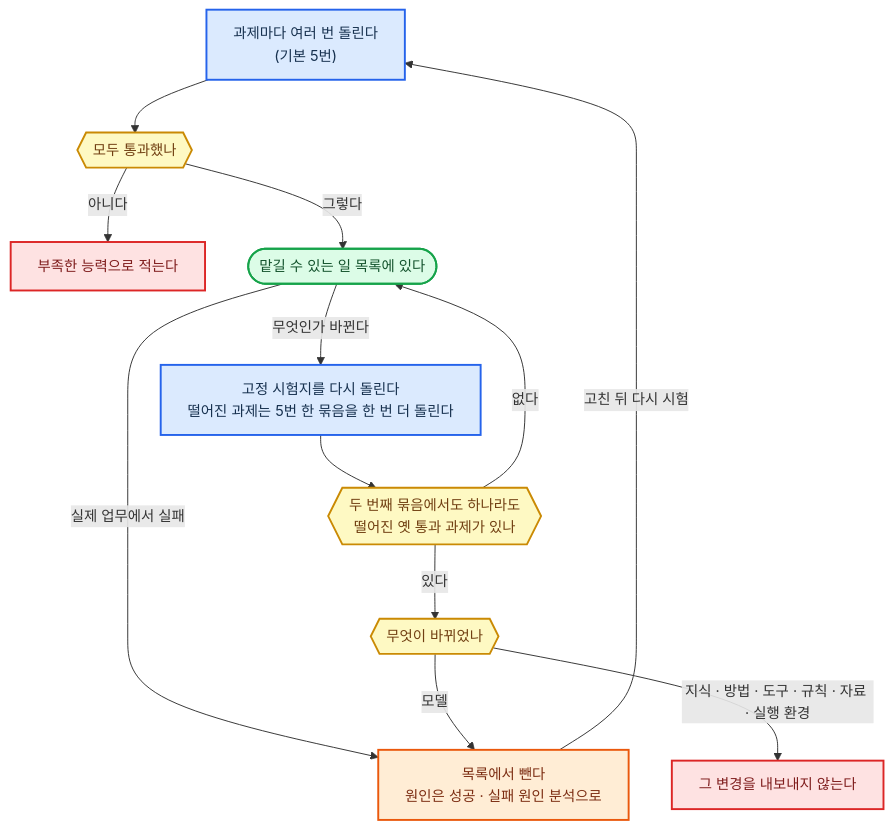
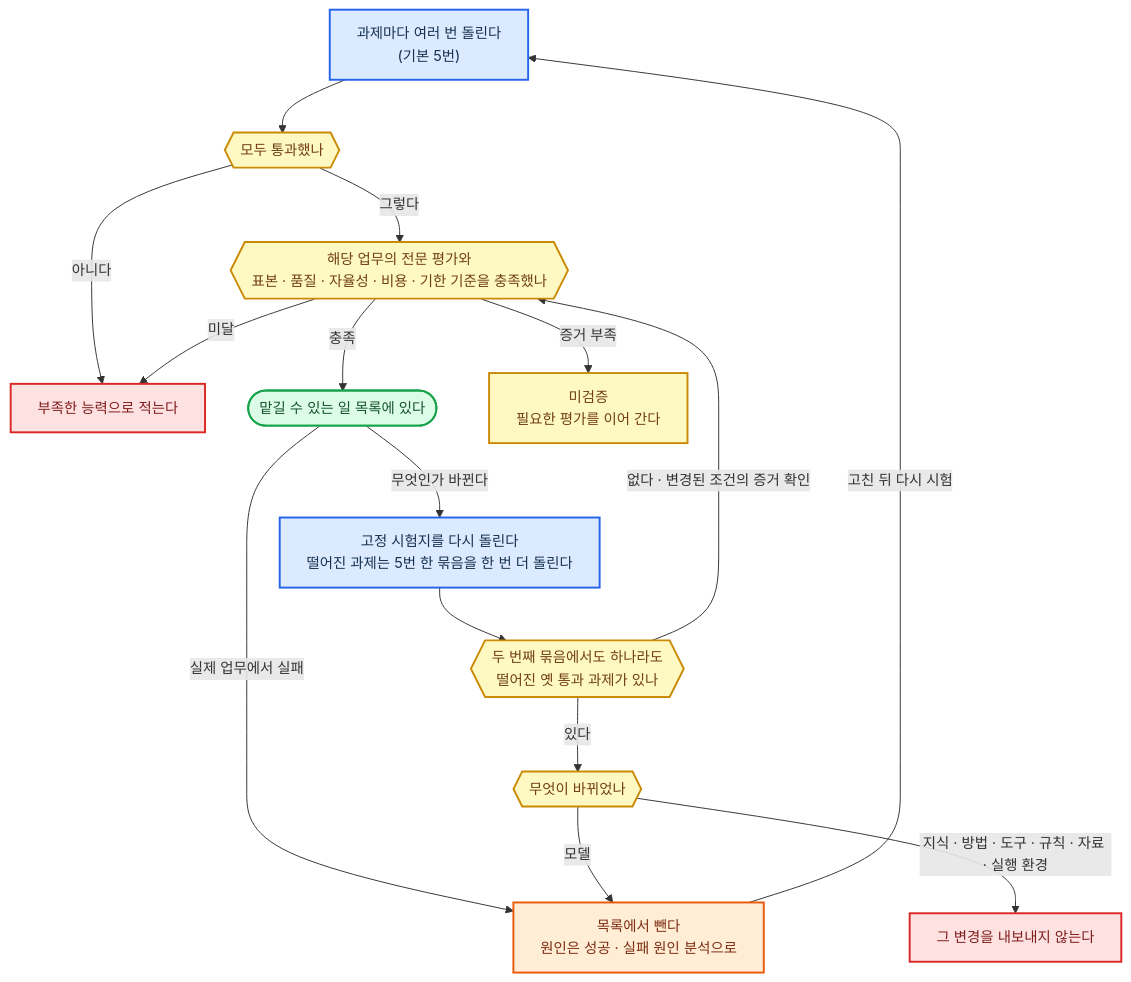
Diagram 23 of 26 in 전문가 에이전트 정의 2.md (harisbaguette/expert), drawn with Mermaid before and after one commit. The commit also changed other lines of this file and 17 other files, not shown here.

````diff
--- a/전문가 에이전트 정의 2.md
+++ b/전문가 에이전트 정의 2.md
@@ -4288,18 +4306,21 @@
 ```mermaid
 %%{init: {"flowchart": {"wrappingWidth": 640, "curve": "basis", "nodeSpacing": 45, "rankSpacing": 55, "padding": 14, "useMaxWidth": true}, "themeVariables": {"fontSize": "15px"}} }%%
 flowchart TB
     T["과제마다 여러 번 돌린다<br/>(기본 5번)"]:::main --> P{{"모두 통과했나"}}:::note
     P -- "아니다" --> NO["부족한 능력으로 적는다"]:::stop
-    P -- "그렇다" --> IN(["맡길 수 있는 일 목록에 있다"]):::good
+    P -- "그렇다" --> EVAL{{"해당 업무의 전문 평가와<br/>표본 · 품질 · 자율성 · 비용 · 기한 기준을 충족했나"}}:::note
+    EVAL -- "충족" --> IN(["맡길 수 있는 일 목록에 있다"]):::good
+    EVAL -- "증거 부족" --> UNVERIFIED["미검증<br/>필요한 평가를 이어 간다"]:::note
+    EVAL -- "미달" --> NO
     IN -- "실제 업무에서 실패" --> OUT["목록에서 뺀다<br/>원인은 성공 · 실패 원인 분석으로"]:::back -- "고친 뒤 다시 시험" --> T
     IN -- "무엇인가 바뀐다" --> CH["고정 시험지를 다시 돌린다<br/>떨어진 과제는 5번 한 묶음을 한 번 더 돌린다"]:::main --> D{{"두 번째 묶음에서도 하나라도<br/>떨어진 옛 통과 과제가 있나"}}:::note
-    D -- "없다" --> IN
+    D -- "없다 · 변경된 조건의 증거 확인" --> EVAL
     D -- "있다" --> K{{"무엇이 바뀌었나"}}:::note
     K -- "모델" --> OUT
     K -- "지식 · 방법 · 도구 · 규칙 · 자료 · 실행 환경" --> BLOCK["그 변경을 내보내지 않는다"]:::stop
     classDef main fill:#dbeafe,stroke:#2563eb,stroke-width:2px,color:#17314f
     classDef stop fill:#fee2e2,stroke:#dc2626,stroke-width:2px,color:#7f1d1d
     classDef back fill:#ffedd5,stroke:#ea580c,stroke-width:2px,color:#7c2d12
     classDef good fill:#dcfce7,stroke:#16a34a,stroke-width:2px,color:#14532d
     classDef note fill:#fef9c3,stroke:#ca8a04,stroke-width:2px,color:#713f12
 ```
````
